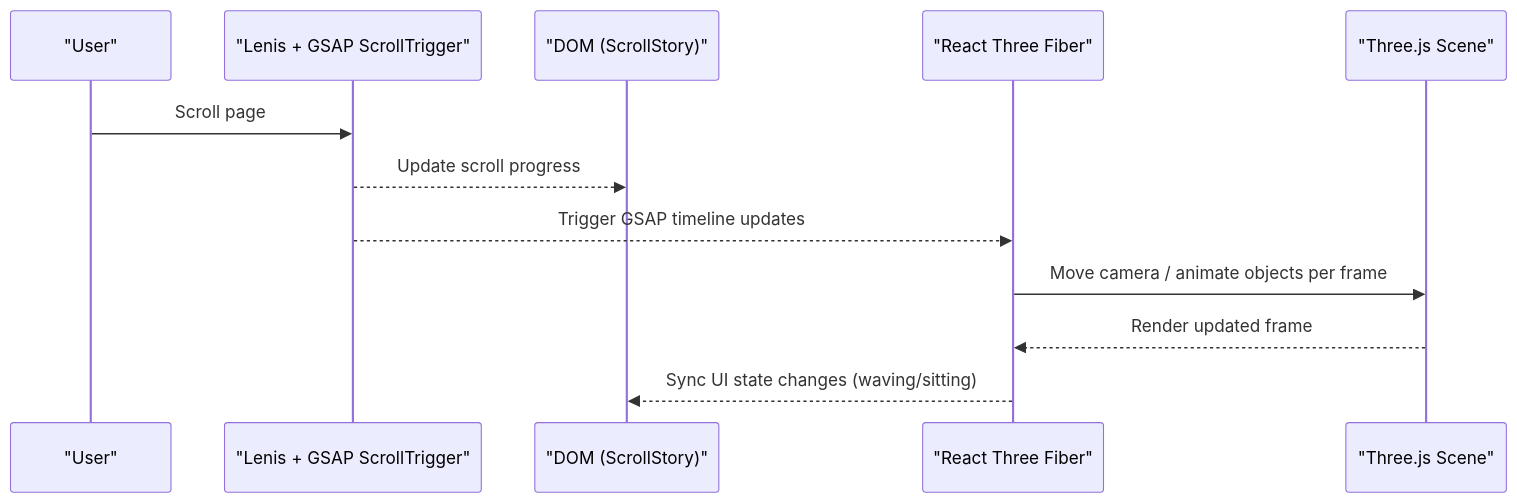
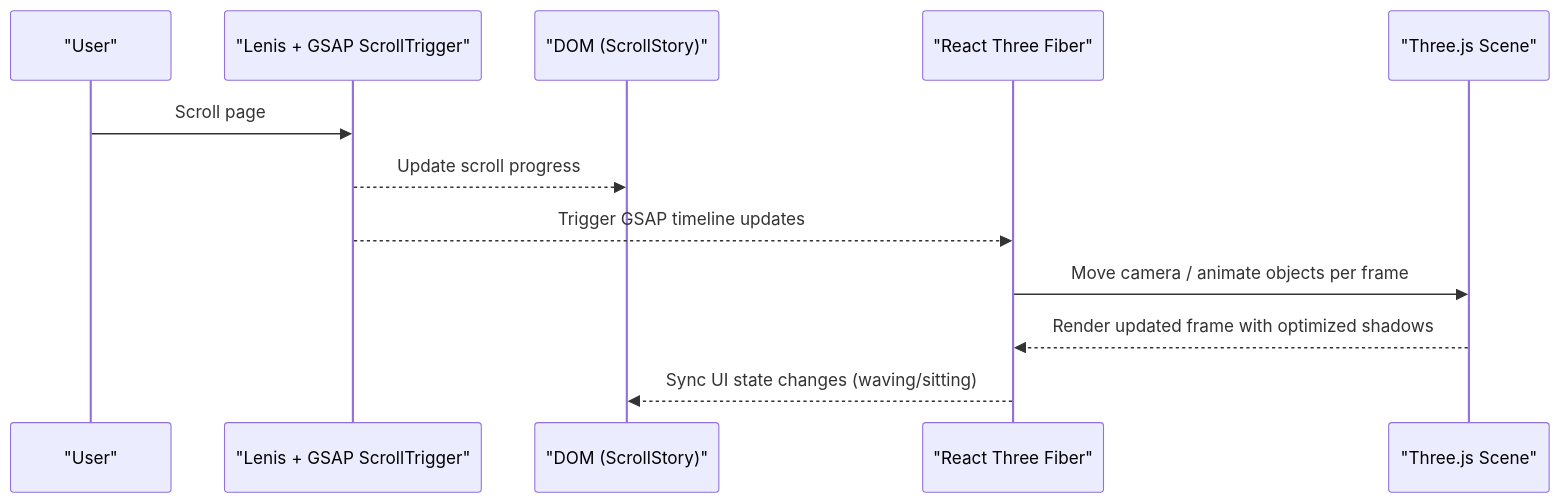
Before and after one commit to emaanfatima312005-wq/emaan-portfolio: the second of 6 diagrams in .qoder/repowiki/en/content/Performance Optimization.md, drawn with Mermaid. The commit also changed other lines of this file and 59 other files, not shown here.

````diff
--- a/.qoder/repowiki/en/content/Performance Optimization.md
+++ b/.qoder/repowiki/en/content/Performance Optimization.md
@@ -94,14 +105,14 @@
 ```mermaid
 sequenceDiagram
 participant User as "User"
 participant Scroll as "Lenis + GSAP ScrollTrigger"
 participant UI as "DOM (ScrollStory)"
 participant R3F as "React Three Fiber"
 participant Scene as "Three.js Scene"
 User->>Scroll : Scroll page
 Scroll-->>UI : Update scroll progress
 Scroll-->>R3F : Trigger GSAP timeline updates
 R3F->>Scene : Move camera / animate objects per frame
-Scene-->>R3F : Render updated frame
+Scene-->>R3F : Render updated frame with optimized shadows
 R3F-->>UI : Sync UI state changes (waving/sitting)
 ```
````
